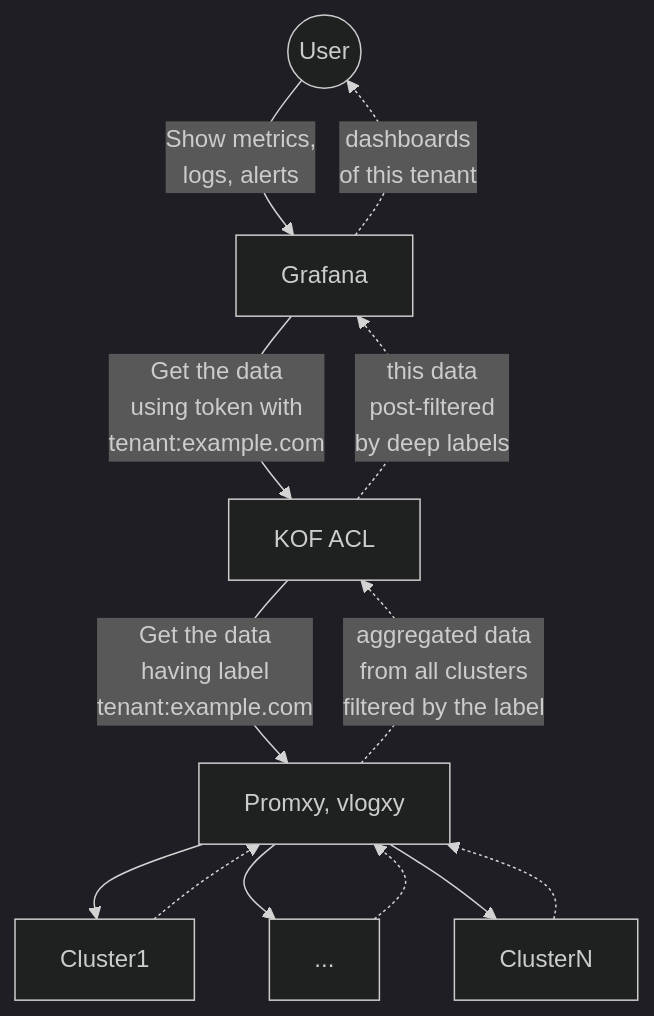
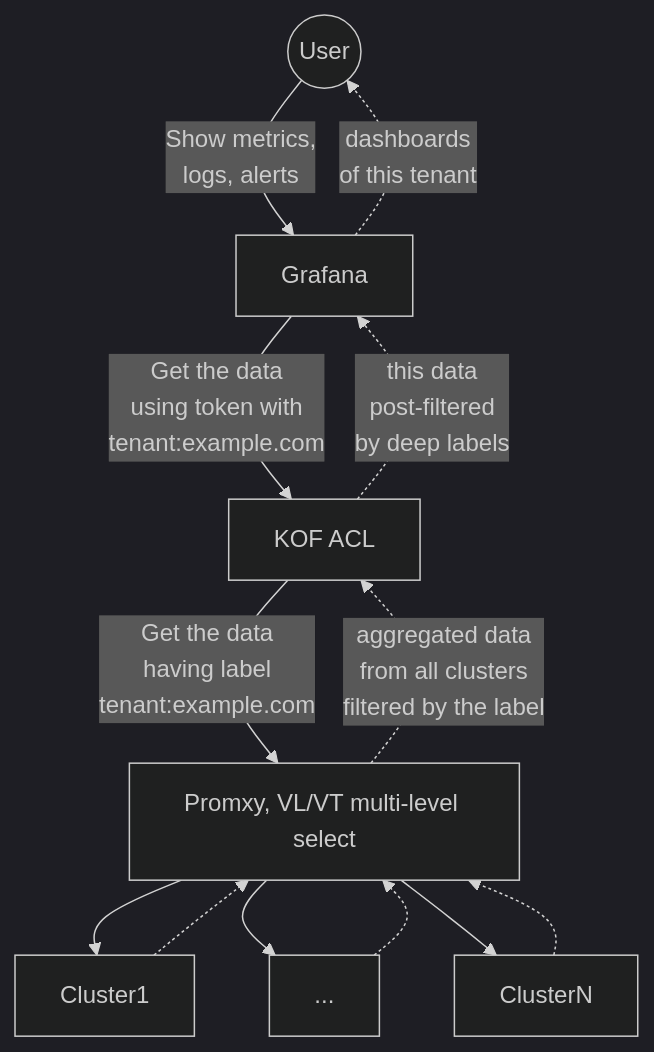
One commit to k0rdent/docs changed the third of 3 diagrams in docs/admin/kof/kof-multi-tenancy.md. Above: the diagram before and after it, drawn with Mermaid (dark theme). The commit also changed 3 other files, not shown here.

Commit message:
docs(KOF): replace vlogxy with multilevel select

````diff
--- a/docs/admin/kof/kof-multi-tenancy.md
+++ b/docs/admin/kof/kof-multi-tenancy.md
@@ -76,12 +76,12 @@
 ```mermaid
 flowchart TB
   User((User)) --"Show metrics,<br>logs, alerts"--> Grafana
   Grafana --"Get the data<br>using token with<br>tenant:example.com"--> ACL[KOF ACL]
-  ACL --"Get the data<br>having label<br>tenant:example.com"--> Proxies[Promxy, vlogxy]
+  ACL --"Get the data<br>having label<br>tenant:example.com"--> Proxies[Promxy, VL/VT multi-level select]
   Proxies --> Cluster1 -.-> Proxies
   Proxies --> Cluster2[...] -.-> Proxies
   Proxies --> ClusterN -.-> Proxies
   Proxies -."aggregated data<br>from all clusters<br>filtered by the label".-> ACL
   ACL -."this data<br>post-filtered<br>by deep labels".-> Grafana
   Grafana -."dashboards<br>of this tenant".-> User
 ```
````
